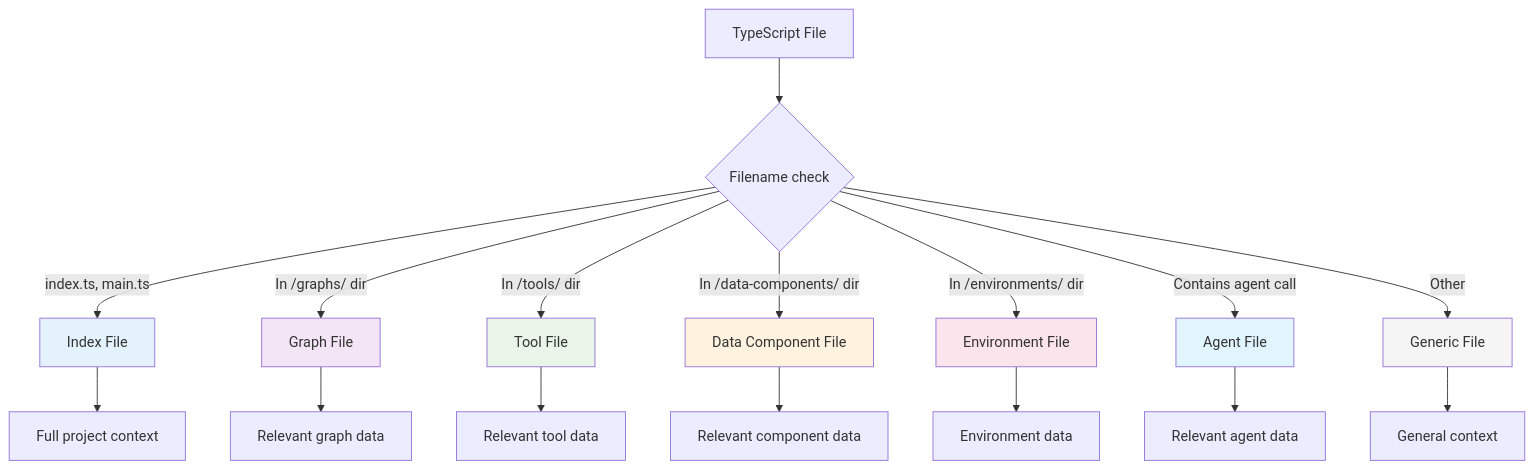
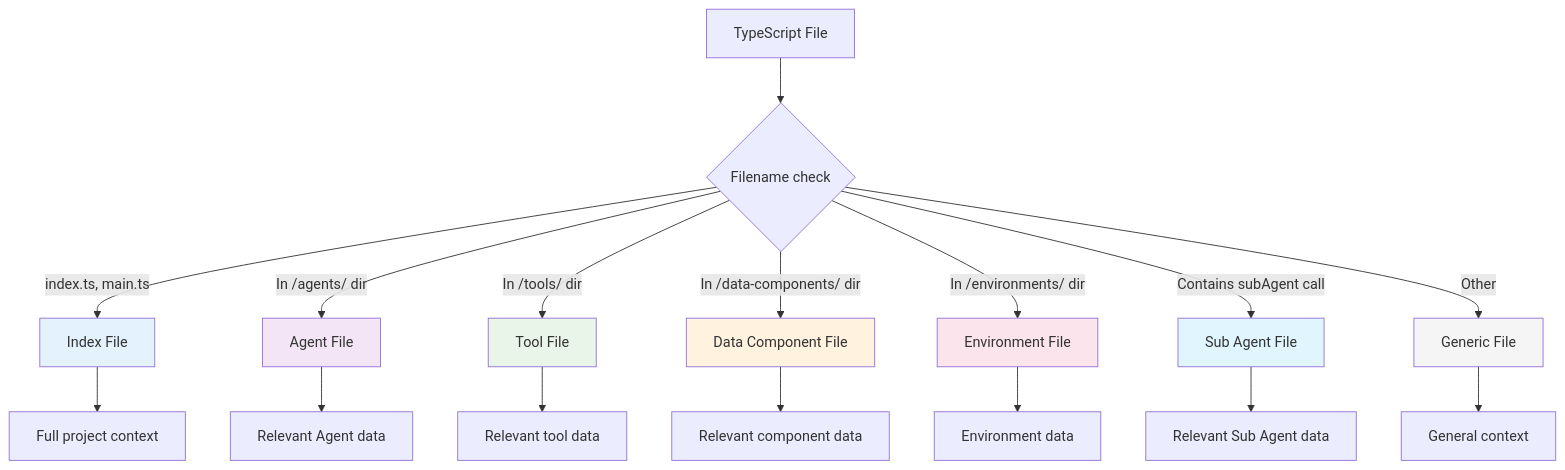
Before and after one commit to inkeep/agents: the fourth of 8 diagrams in agents-docs/content/docs/typescript-sdk/push-pull-workflows.mdx, drawn with Mermaid. The commit also changed other lines of this file and 36 other files, not shown here.

First line of the commit message:
docs: Complete 'Graph' → 'Agent' terminology migration with capitalization (#577)

````diff
--- a/agents-docs/content/docs/typescript-sdk/push-pull-workflows.mdx
+++ b/agents-docs/content/docs/typescript-sdk/push-pull-workflows.mdx
@@ -184,28 +184,28 @@
 ```mermaid
 graph TD
     A[TypeScript File] --> B{Filename check}
 
     B -->|index.ts, main.ts| C[Index File]
-    B -->|In /graphs/ dir| D[Graph File]
+    B -->|In /agents/ dir| D[Agent File]
     B -->|In /tools/ dir| E[Tool File]
     B -->|In /data-components/ dir| F[Data Component File]
     B -->|In /environments/ dir| G[Environment File]
-    B -->|Contains agent call| H[Agent File]
+    B -->|Contains subAgent call| H[Sub Agent File]
     B -->|Other| I[Generic File]
 
     C --> J[Full project context]
-    D --> K[Relevant graph data]
+    D --> K[Relevant Agent data]
     E --> L[Relevant tool data]
     F --> M[Relevant component data]
     G --> N[Environment data]
-    H --> O[Relevant agent data]
+    H --> O[Relevant Sub Agent data]
     I --> P[General context]
 
     style C fill:#e3f2fd
     style D fill:#f3e5f5
     style E fill:#e8f5e8
     style F fill:#fff3e0
     style G fill:#fce4ec
     style H fill:#e1f5fe
     style I fill:#f5f5f5
 ```
````
